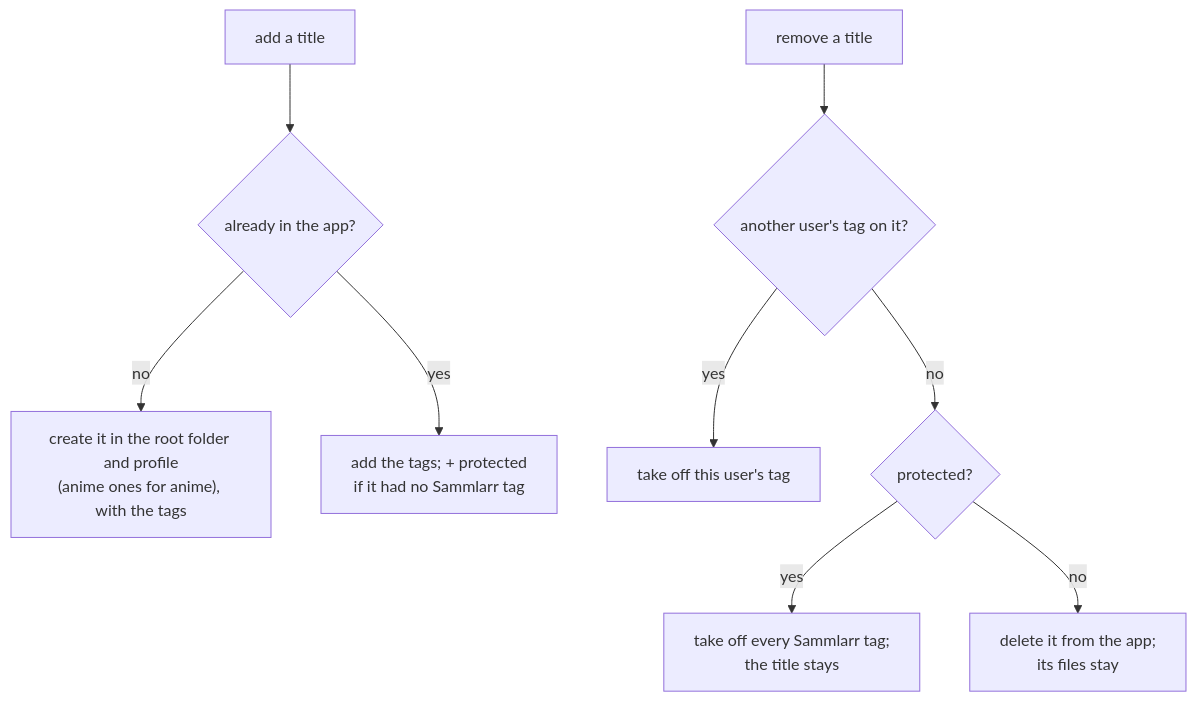
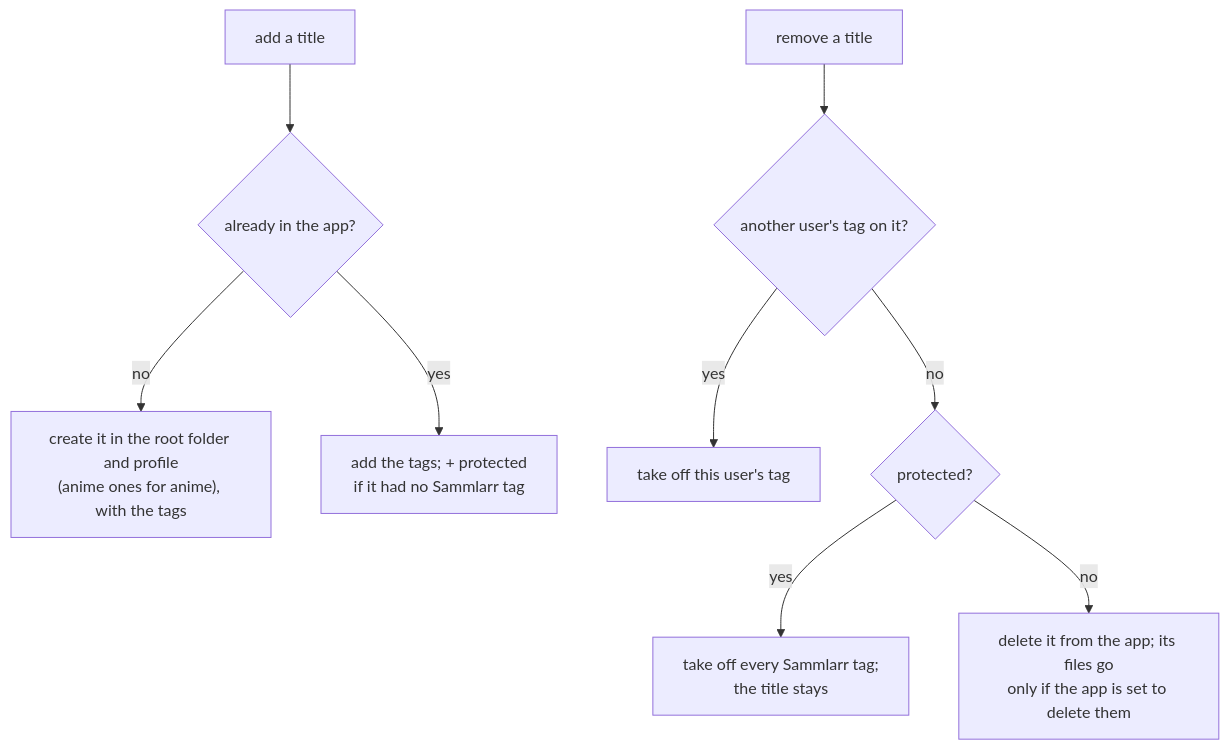
One commit to daerup/Sammlarr changed the fifth of 5 diagrams in docs/architecture/sections/04-runtime.md. Above: the diagram before and after it, drawn with Mermaid. The commit also changed other lines of this file and 7 other files, not shown here.

Commit message:
docs(architecture): clean up documentation and reduce fluff

````diff
--- a/docs/architecture/sections/04-runtime.md
+++ b/docs/architecture/sections/04-runtime.md
@@ -219,11 +211,11 @@
 ```mermaid
 flowchart TD
   ADD["add a title"] --> HAS{"already in the app?"}
   HAS -->|no| NEW["create it in the root folder and profile<br/>(anime ones for anime), with the tags"]
   HAS -->|yes| TAG["add the tags; + protected<br/>if it had no Sammlarr tag"]
   REM["remove a title"] --> OTH{"another user's tag on it?"}
   OTH -->|yes| MINE["take off this user's tag"]
   OTH -->|no| PROT{"protected?"}
   PROT -->|yes| UNTAG["take off every Sammlarr tag;<br/>the title stays"]
-  PROT -->|no| DEL["delete it from the app;<br/>its files stay"]
+  PROT -->|no| DEL["delete it from the app; its files go<br/>only if the app is set to delete them"]
 ```
````
